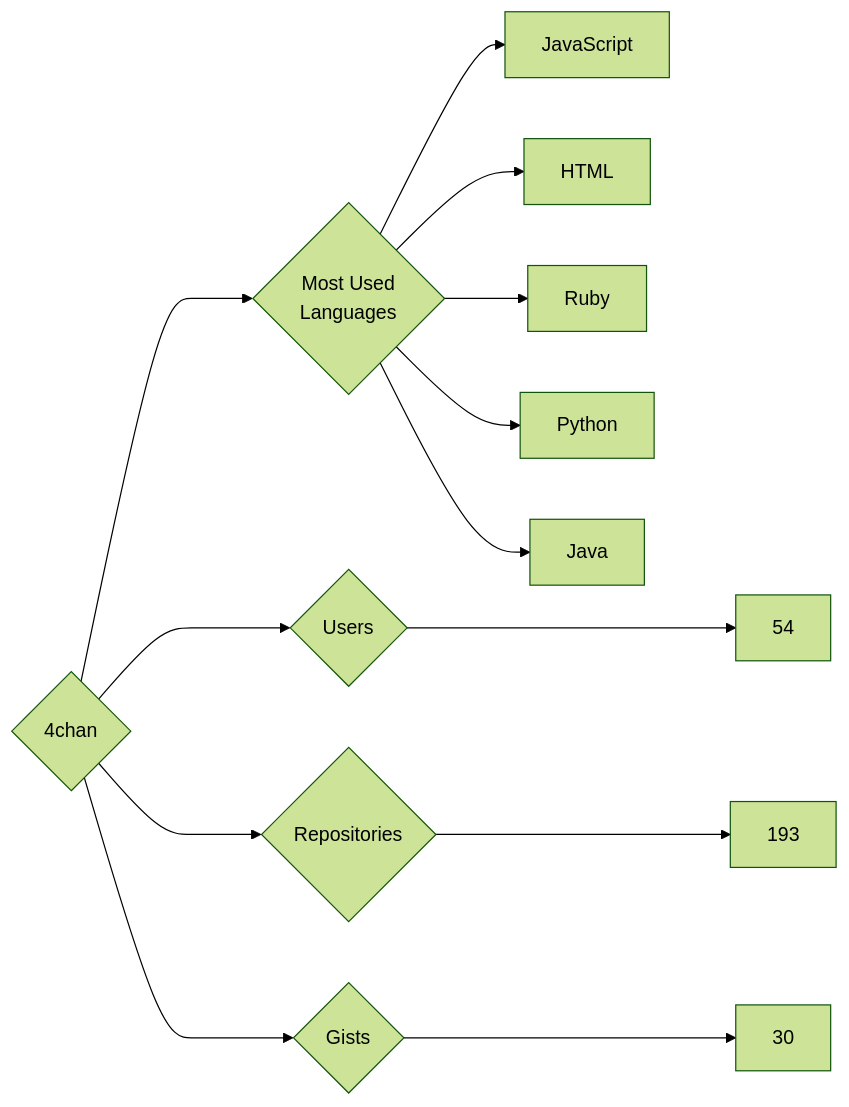
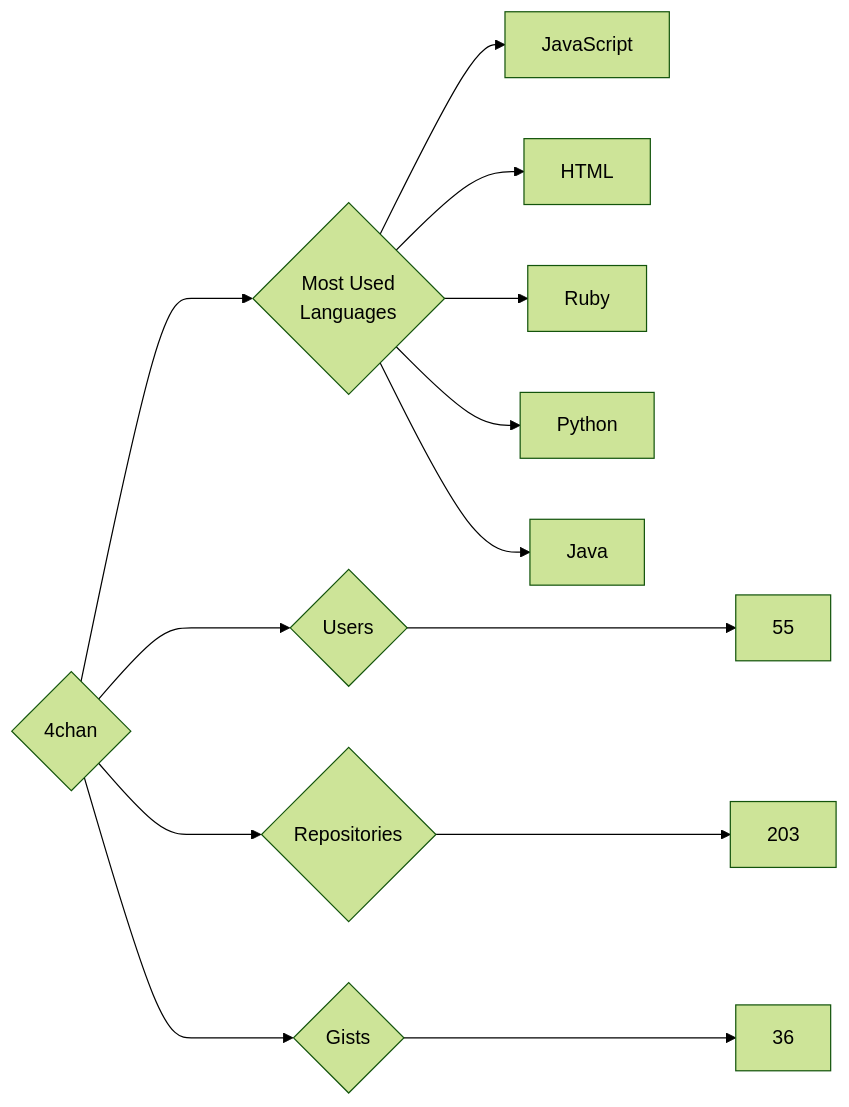
The diagram in targets/4chan/README.md (trickest/insiders), drawn with Mermaid (forest theme) before and after one commit. The commit also changed 938 other files, not shown here.

````diff
--- a/targets/4chan/README.md
+++ b/targets/4chan/README.md
@@ -3,13 +3,13 @@
 ```mermaid
 graph LR
 COMPANY_NAME{4chan}
-COMPANY_NAME ---> U{Users} ---> UN[54]
-COMPANY_NAME ---> R{Repositories} ---> RN[193]
-COMPANY_NAME ---> G{Gists} ---> GN[30]
+COMPANY_NAME ---> U{Users} ---> UN[55]
+COMPANY_NAME ---> R{Repositories} ---> RN[203]
+COMPANY_NAME ---> G{Gists} ---> GN[36]
 COMPANY_NAME ---> ML{Most Used<br>Languages}
 ML --> JavaScript[JavaScript]
 ML --> HTML[HTML]
 ML --> Ruby[Ruby]
 ML --> Python[Python]
 ML --> Java[Java]
 ```
````
